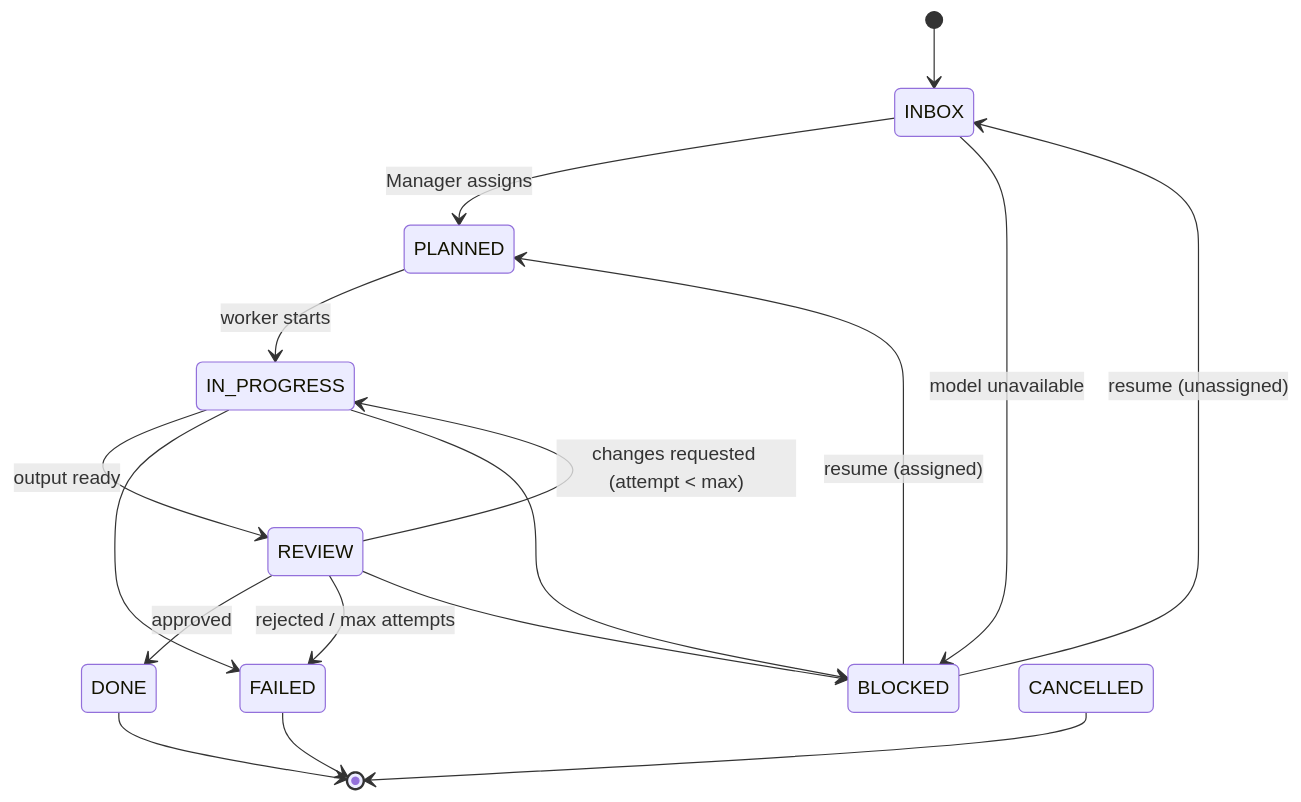
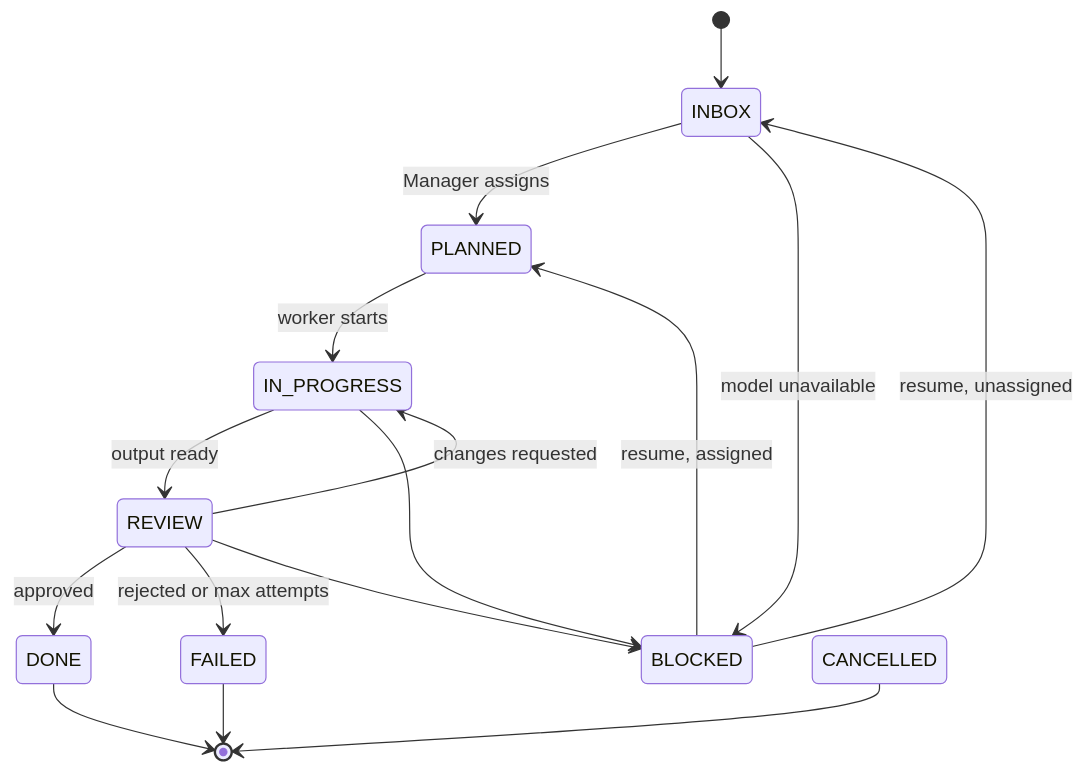
One commit to lucaph2003/agents-office-asistants changed the fourth of 4 diagrams in README.md. Above: the diagram before and after it, drawn with Mermaid. The commit also changed other lines of this file and 8 other files, not shown here.

Commit message:
docs: add architecture and setup documentation

````diff
--- a/README.md
+++ b/README.md
@@ -63,19 +151,18 @@
 ```mermaid
 stateDiagram-v2
     [*] --> INBOX
     INBOX --> PLANNED: Manager assigns
     PLANNED --> IN_PROGRESS: worker starts
     IN_PROGRESS --> REVIEW: output ready
     REVIEW --> DONE: approved
-    REVIEW --> IN_PROGRESS: changes requested (attempt < max)
-    REVIEW --> FAILED: rejected / max attempts
-    IN_PROGRESS --> FAILED
+    REVIEW --> IN_PROGRESS: changes requested
+    REVIEW --> FAILED: rejected or max attempts
     INBOX --> BLOCKED: model unavailable
     IN_PROGRESS --> BLOCKED
     REVIEW --> BLOCKED
-    BLOCKED --> INBOX: resume (unassigned)
-    BLOCKED --> PLANNED: resume (assigned)
+    BLOCKED --> INBOX: resume, unassigned
+    BLOCKED --> PLANNED: resume, assigned
     DONE --> [*]
     FAILED --> [*]
     CANCELLED --> [*]
 ```
````
